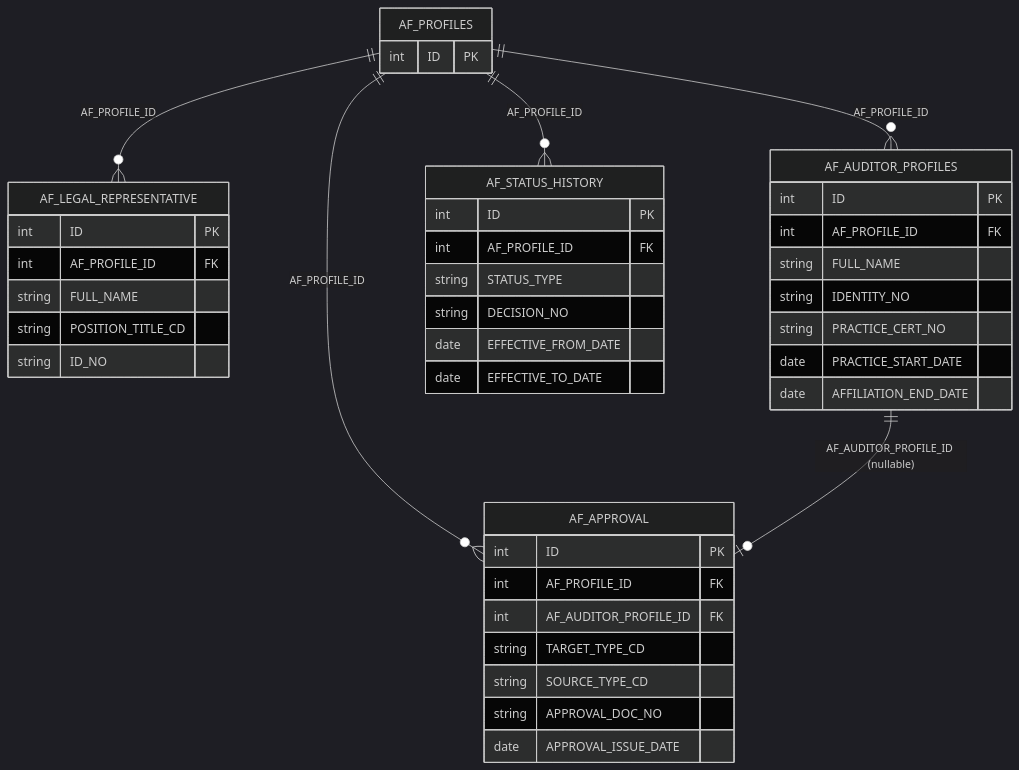
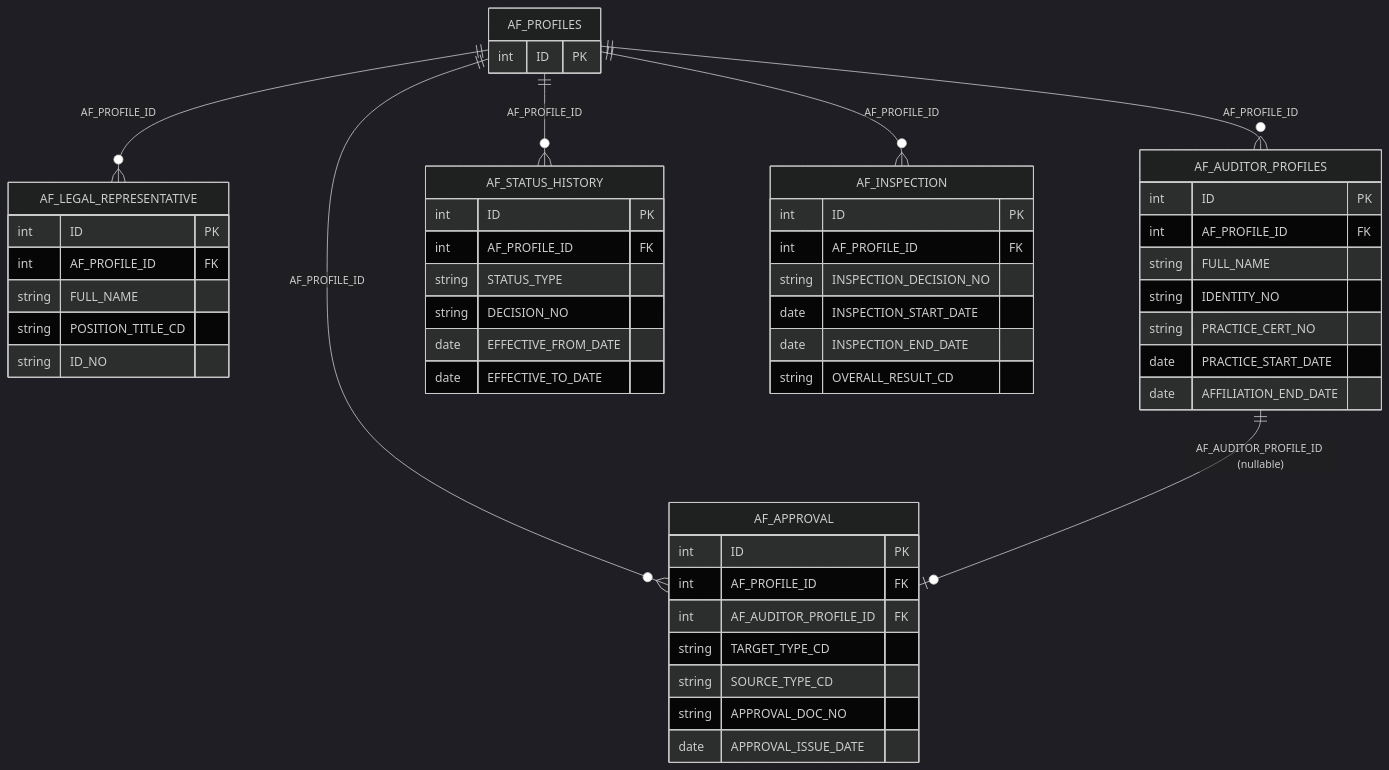
Before and after one commit to linhlvit/ubck_atomic_design: the first of 2 diagrams in DataModel/working/Atomic/hld/AUDIT_HLD_Tier2.md, drawn with Mermaid (dark theme). The commit also changed other lines of this file and 351 other files, not shown here.

````diff
--- a/DataModel/working/Atomic/hld/AUDIT_HLD_Tier2.md
+++ b/DataModel/working/Atomic/hld/AUDIT_HLD_Tier2.md
@@ -96,6 +94,15 @@
         date EFFECTIVE_TO_DATE
     }
 
+    AF_INSPECTION {
+        int ID PK
+        int AF_PROFILE_ID FK
+        string INSPECTION_DECISION_NO
+        date INSPECTION_START_DATE
+        date INSPECTION_END_DATE
+        string OVERALL_RESULT_CD
+    }
+
 
 
 
@@ -104,5 +111,6 @@
     AF_PROFILES ||--o{ AF_LEGAL_REPRESENTATIVE : "AF_PROFILE_ID"
     AF_PROFILES ||--o{ AF_AUDITOR_PROFILES : "AF_PROFILE_ID"
     AF_PROFILES ||--o{ AF_STATUS_HISTORY : "AF_PROFILE_ID"
+    AF_PROFILES ||--o{ AF_INSPECTION : "AF_PROFILE_ID"
     AF_AUDITOR_PROFILES ||--o| AF_APPROVAL : "AF_AUDITOR_PROFILE_ID (nullable)"
 ```
````
